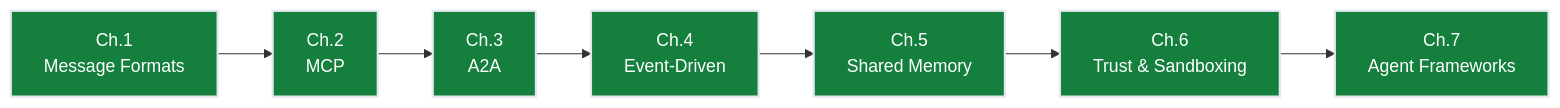
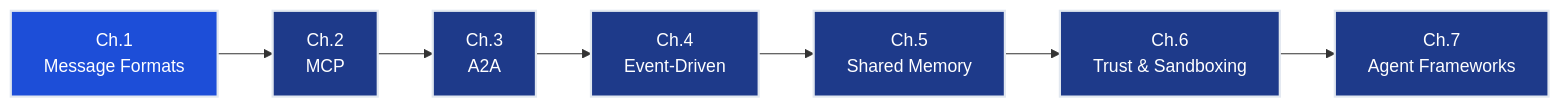
The diagram in notes/multi_agent_ai/message_formats/README.md (deepakshamsft/ai-portfolio), drawn with Mermaid before and after one commit. The commit also changed other lines of this file and 44 other files, not shown here.

````diff
--- a/notes/multi_agent_ai/message_formats/README.md
+++ b/notes/multi_agent_ai/message_formats/README.md
@@ -212,14 +331,14 @@
 ```mermaid
 graph LR
-    Ch1["Ch.1\nMessage Formats"]:::done
-    Ch2["Ch.2\nMCP"]:::done
-    Ch3["Ch.3\nA2A"]:::done
-    Ch4["Ch.4\nEvent-Driven"]:::done
-    Ch5["Ch.5\nShared Memory"]:::done
-    Ch6["Ch.6\nTrust & Sandboxing"]:::done
-    Ch7["Ch.7\nAgent Frameworks"]:::done
+    Ch1["Ch.1\nMessage Formats"]:::current
+    Ch2["Ch.2\nMCP"]:::upcoming
+    Ch3["Ch.3\nA2A"]:::upcoming
+    Ch4["Ch.4\nEvent-Driven"]:::upcoming
+    Ch5["Ch.5\nShared Memory"]:::upcoming
+    Ch6["Ch.6\nTrust & Sandboxing"]:::upcoming
+    Ch7["Ch.7\nAgent Frameworks"]:::upcoming
     Ch1 --> Ch2 --> Ch3 --> Ch4 --> Ch5 --> Ch6 --> Ch7
     classDef done fill:#15803d,stroke:#e2e8f0,stroke-width:2px,color:#ffffff
     classDef current fill:#1d4ed8,stroke:#e2e8f0,stroke-width:2px,color:#ffffff
     classDef upcoming fill:#1e3a8a,stroke:#e2e8f0,stroke-width:2px,color:#ffffff
 ```
````
